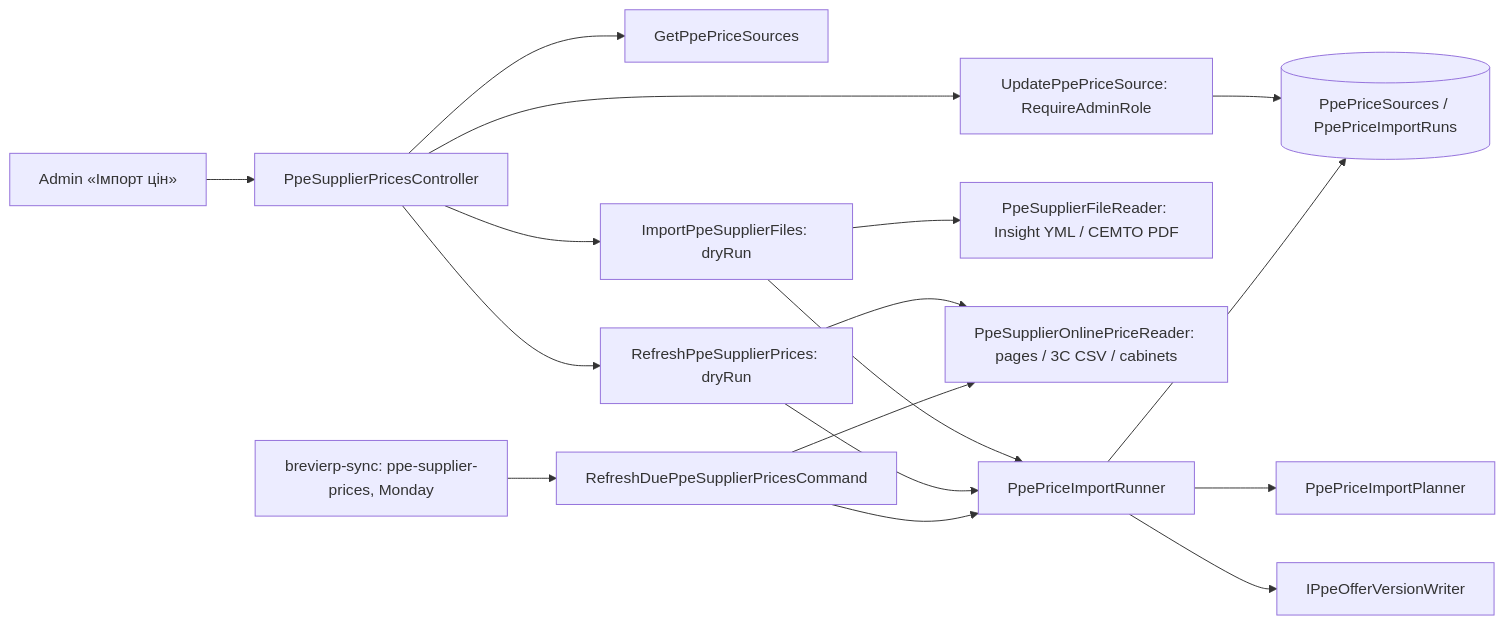
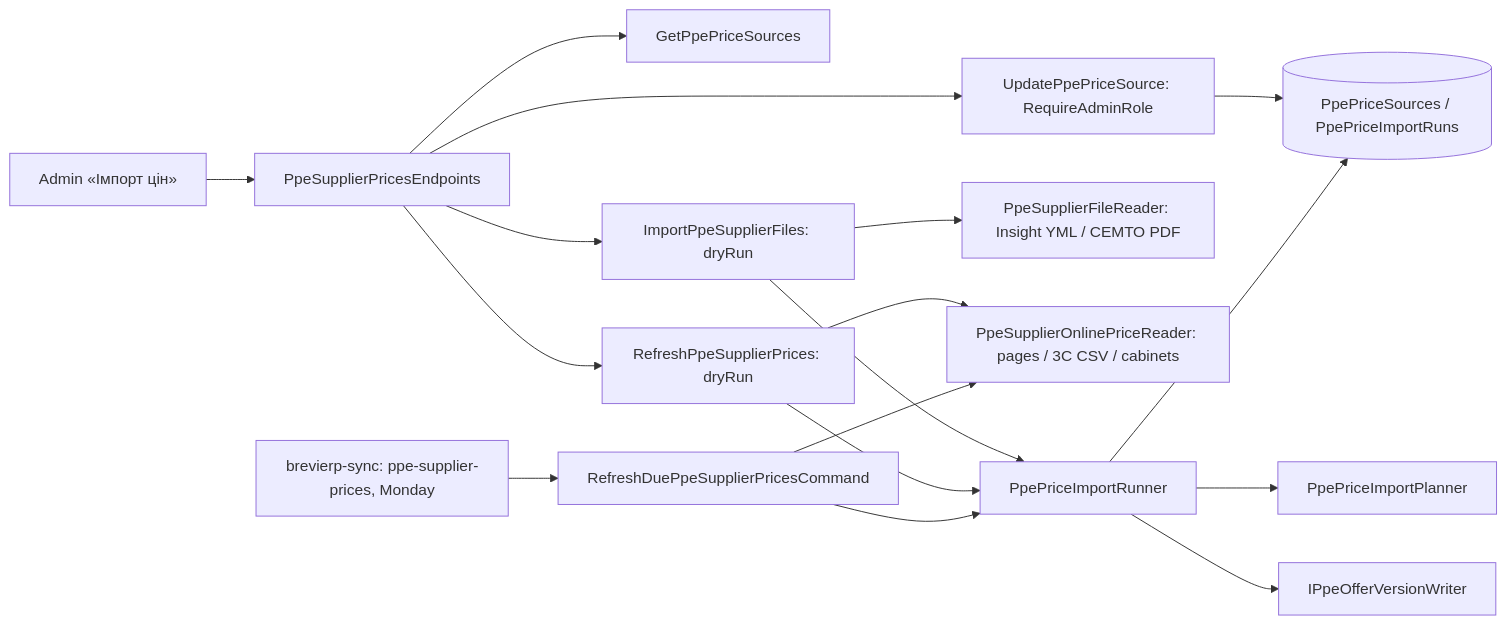
One commit to Weretik/BreviERP changed the diagram in docs/sdd/features/catalog/ppe-supplier-prices.md. Above: the diagram before and after it, drawn with Mermaid. The commit also changed other lines of this file and 223 other files, not shown here.

````diff
--- a/docs/sdd/features/catalog/ppe-supplier-prices.md
+++ b/docs/sdd/features/catalog/ppe-supplier-prices.md
@@ -7,19 +7,19 @@
 ```mermaid
 flowchart LR
-  Admin[Admin «Імпорт цін»] --> API[PpeSupplierPricesController]
+  Admin[Admin «Імпорт цін»] --> API[PpeSupplierPricesEndpoints]
   API --> List[GetPpePriceSources]
   API --> Settings[UpdatePpePriceSource: RequireAdminRole]
   API --> Import[ImportPpeSupplierFiles: dryRun]
   API --> Refresh[RefreshPpeSupplierPrices: dryRun]
   Job[brevierp-sync: ppe-supplier-prices, Monday] --> Scheduled[RefreshDuePpeSupplierPricesCommand]
   Import --> Reader[PpeSupplierFileReader: Insight YML / СЕМТО PDF]
   Refresh --> Online[PpeSupplierOnlinePriceReader: pages / 3C CSV / cabinets]
   Scheduled --> Online
   Import --> Runner[PpePriceImportRunner]
   Refresh --> Runner
   Scheduled --> Runner
   Runner --> Planner[PpePriceImportPlanner]
   Runner --> Offers[IPpeOfferVersionWriter]
   Settings --> Store[(PpePriceSources / PpePriceImportRuns)]
   Runner --> Store
 ```
````
